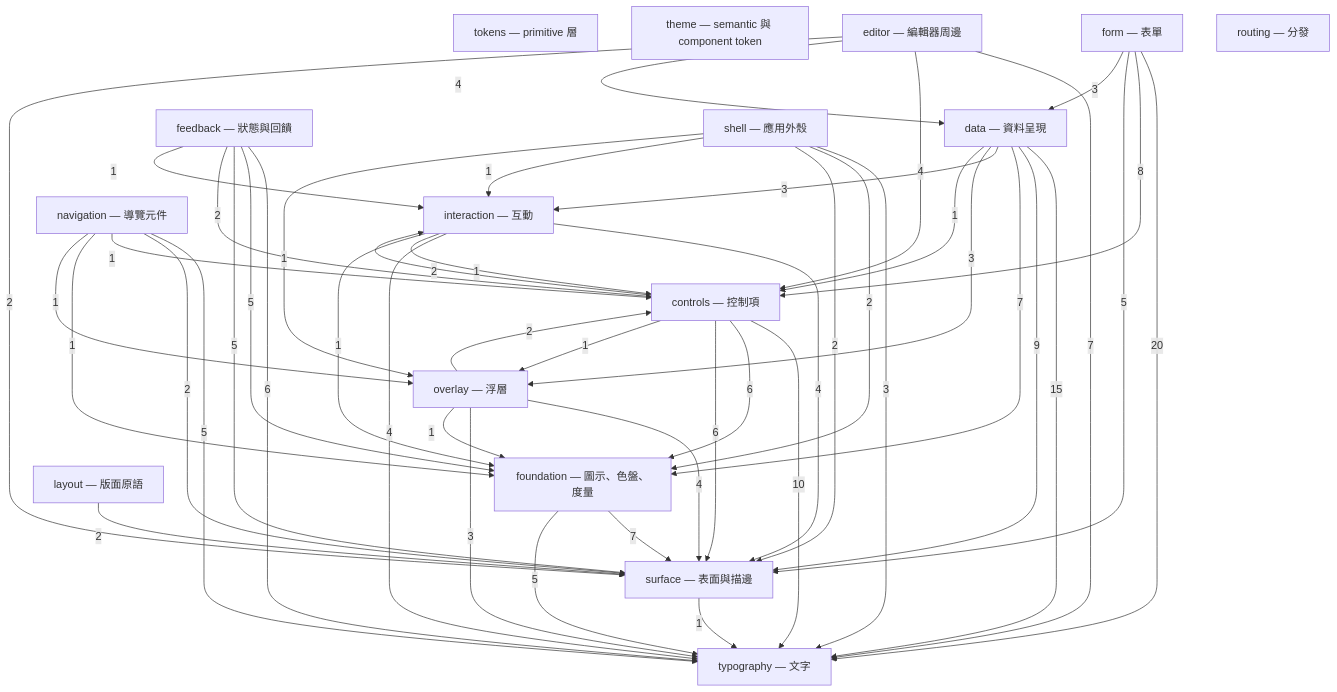
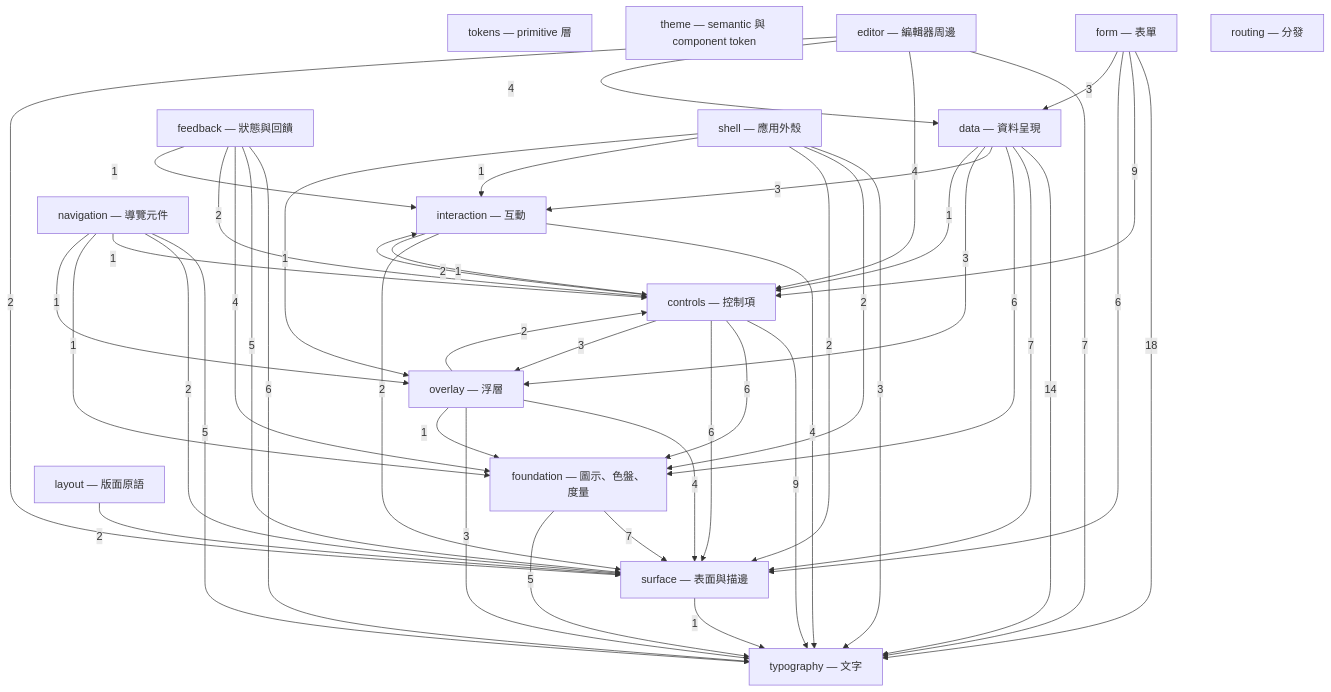
The first of 16 diagrams in spec/component-inventory.md (MiuDog/Kallopis), drawn with Mermaid before and after one commit. The commit also changed other lines of this file and 8 other files, not shown here.

````diff
--- a/spec/component-inventory.md
+++ b/spec/component-inventory.md
@@ -18,65 +18,64 @@
 ```mermaid
 graph TD
   tokens["tokens — primitive 層"]
   theme["theme — semantic 與 component token"]
   foundation["foundation — 圖示、色盤、度量"]
   typography["typography — 文字"]
   surface["surface — 表面與描邊"]
   interaction["interaction — 互動"]
   layout["layout — 版面原語"]
   overlay["overlay — 浮層"]
   controls["controls — 控制項"]
   data["data — 資料呈現"]
   form["form — 表單"]
   feedback["feedback — 狀態與回饋"]
   navigation["navigation — 導覽元件"]
   editor["editor — 編輯器周邊"]
   routing["routing — 分發"]
   shell["shell — 應用外殼"]
-  form -->|20| typography
-  data -->|15| typography
-  controls -->|10| typography
-  data -->|9| surface
-  form -->|8| controls
-  data -->|7| foundation
+  form -->|18| typography
+  data -->|14| typography
+  controls -->|9| typography
+  form -->|9| controls
+  data -->|7| surface
   editor -->|7| typography
   foundation -->|7| surface
   controls -->|6| foundation
   controls -->|6| surface
+  data -->|6| foundation
   feedback -->|6| typography
-  feedback -->|5| foundation
+  form -->|6| surface
   feedback -->|5| surface
-  form -->|5| surface
   foundation -->|5| typography
   navigation -->|5| typography
   editor -->|4| controls
   editor -->|4| data
-  interaction -->|4| surface
+  feedback -->|4| foundation
   interaction -->|4| typography
   overlay -->|4| surface
+  controls -->|3| overlay
   data -->|3| interaction
   data -->|3| overlay
   form -->|3| data
   overlay -->|3| typography
   shell -->|3| typography
   controls -->|2| interaction
   editor -->|2| surface
   feedback -->|2| controls
+  interaction -->|2| surface
   layout -->|2| surface
   navigation -->|2| surface
   overlay -->|2| controls
   shell -->|2| foundation
   shell -->|2| surface
-  controls -->|1| overlay
   data -->|1| controls
   feedback -->|1| interaction
   interaction -->|1| controls
-  interaction -->|1| foundation
   navigation -->|1| controls
   navigation -->|1| foundation
   navigation -->|1| overlay
   overlay -->|1| foundation
   shell -->|1| interaction
   shell -->|1| overlay
   surface -->|1| typography
 ```
````
